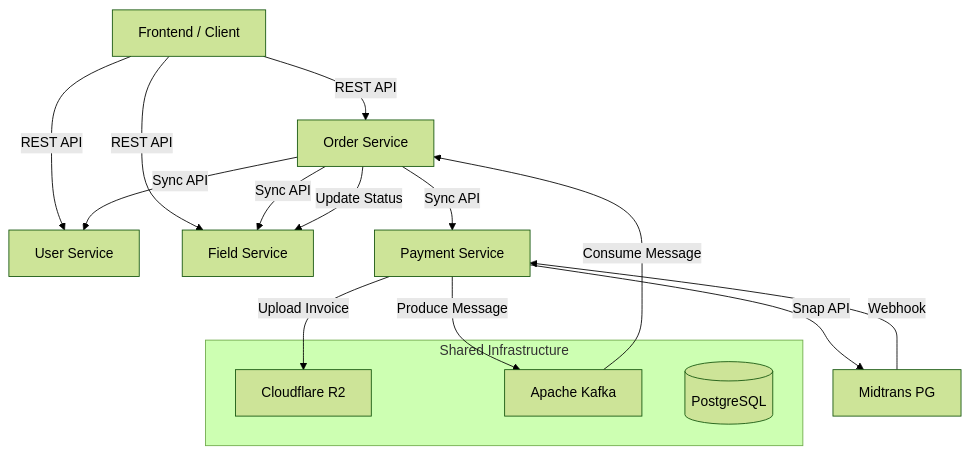
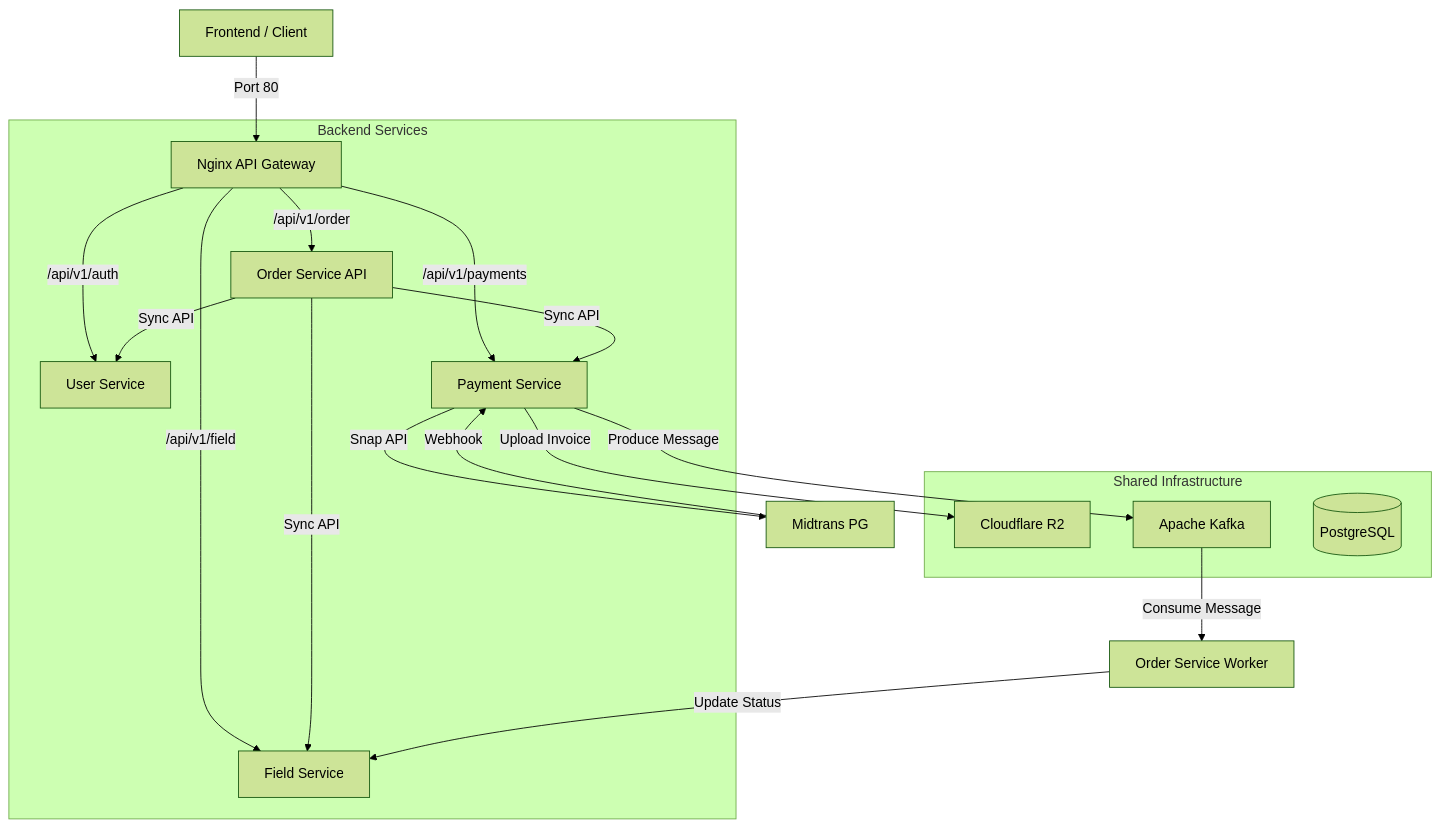
One commit to JonathanGunawan30/booking-system changed the diagram in README.md. Above: the diagram before and after it, drawn with Mermaid (forest theme). The commit also changed other lines of this file and 14 other files, not shown here.

Commit message:
feat: implement nginx api gateway, decouple order worker, and centralize cors/rate-limiting

````diff
--- a/README.md
+++ b/README.md
@@ -9,25 +9,30 @@
 ```mermaid
 graph TD
-    Client[Frontend / Client] -->|REST API| OrderSvc[Order Service]
-    Client -->|REST API| UserSvc[User Service]
-    Client -->|REST API| ResourceSvc[Field Service]
+    Client[Frontend / Client] -->|Port 80| Nginx[Nginx API Gateway]
     
-    OrderSvc -->|Sync API| UserSvc
-    OrderSvc -->|Sync API| ResourceSvc
-    OrderSvc -->|Sync API| PaySvc[Payment Service]
+    subgraph Backend Services
+        Nginx -->|/api/v1/auth| UserSvc[User Service]
+        Nginx -->|/api/v1/order| OrderAPI[Order Service API]
+        Nginx -->|/api/v1/field| FieldSvc[Field Service]
+        Nginx -->|/api/v1/payments| PaySvc[Payment Service]
+    end
+    
+    OrderAPI -->|Sync API| UserSvc
+    OrderAPI -->|Sync API| FieldSvc
+    OrderAPI -->|Sync API| PaySvc
     
     PaySvc -->|Snap API| Midtrans[Midtrans PG]
     Midtrans -->|Webhook| PaySvc
     
     PaySvc -->|Upload Invoice| R2[Cloudflare R2]
     PaySvc -->|Produce Message| Kafka[Apache Kafka]
     
-    Kafka -->|Consume Message| OrderSvc
-    OrderSvc -->|Update Status| ResourceSvc
+    Kafka -->|Consume Message| OrderWorker[Order Service Worker]
+    OrderWorker -->|Update Status| FieldSvc
     
     subgraph Shared Infrastructure
         DB[(PostgreSQL)]
         Kafka
         R2
     end
 ```
````
